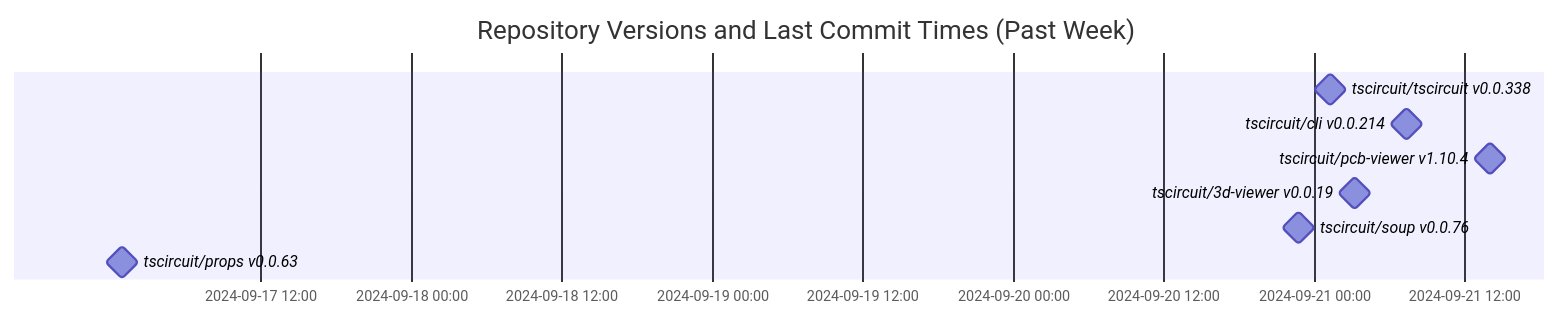
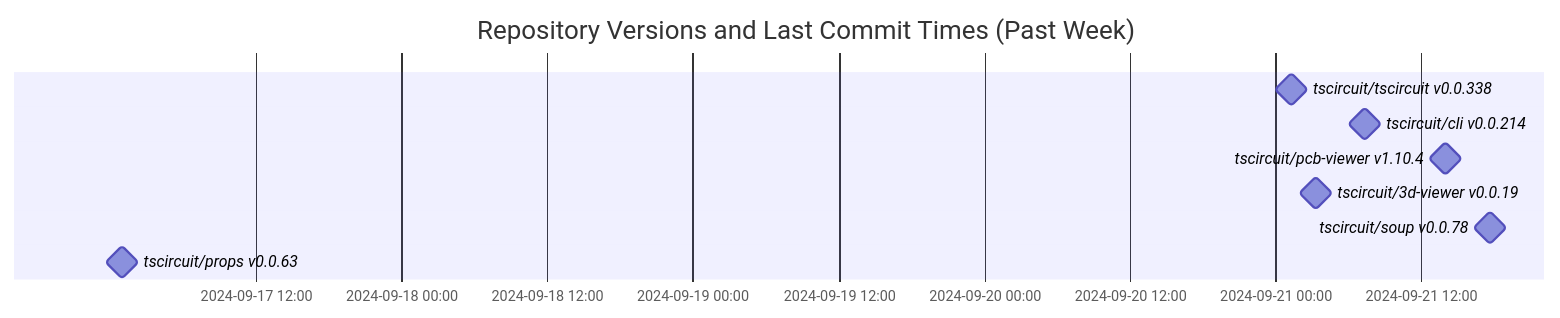
Before and after one commit to tscircuit/version-tracker: the diagram in README.md, drawn with Mermaid.

Commit message:
Update chart

````diff
--- a/README.md
+++ b/README.md
@@ -1,13 +1,13 @@
 ```mermaid
 gantt
   dateFormat  YYYY-MM-DD HH:mm:ss
   title Repository Versions and Last Commit Times (Past Week)
   axisFormat %Y-%m-%d %H:%M
 
   tscircuit/tscircuit v0.0.338 : milestone, 2024-09-21 01:17:43, 1s
   tscircuit/cli v0.0.214 : milestone, 2024-09-21 07:21:29, 1s
   tscircuit/pcb-viewer v1.10.4 : milestone, 2024-09-21 14:02:34, 1s
   tscircuit/3d-viewer v0.0.19 : milestone, 2024-09-21 03:18:08, 1s
-  tscircuit/soup v0.0.76 : milestone, 2024-09-20 22:46:17, 1s
+  tscircuit/soup v0.0.78 : milestone, 2024-09-21 17:40:44, 1s
   tscircuit/props v0.0.63 : milestone, 2024-09-17 00:58:09, 1s
 ```
````
